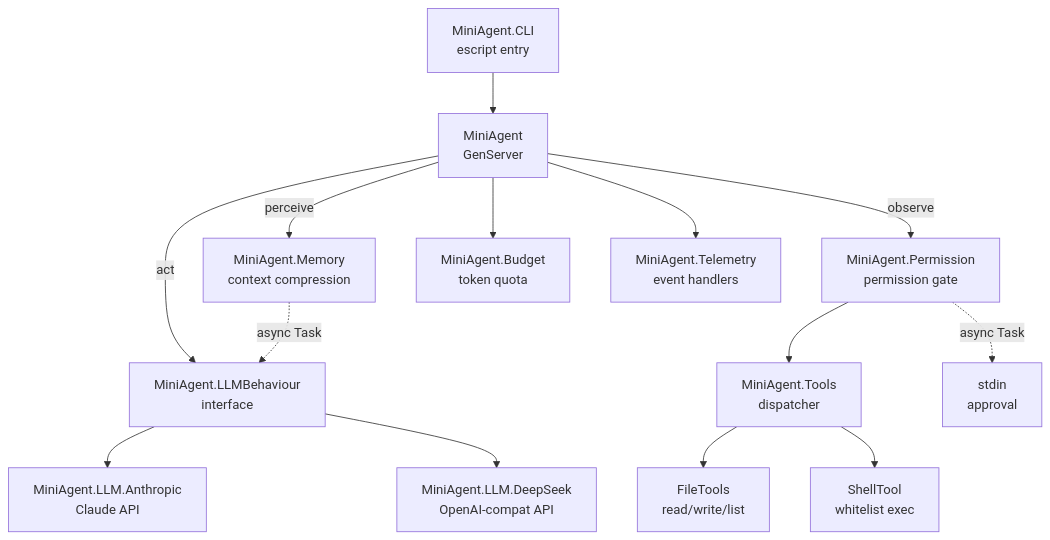
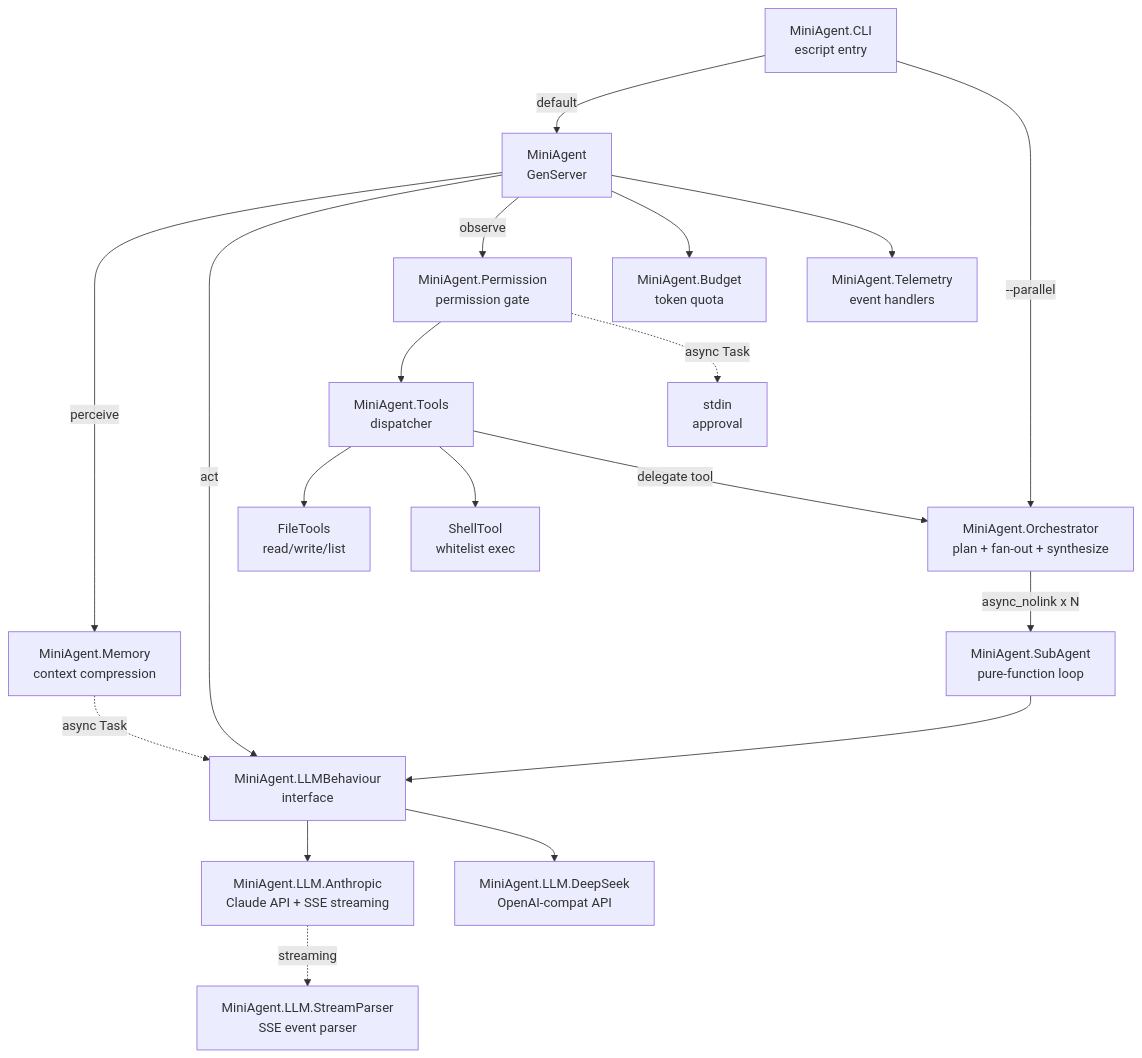
Before and after one commit to brianpht/mini_agent: the first of 2 diagrams in README.md, drawn with Mermaid. The commit also changed other lines of this file and 12 other files, not shown here.

Commit message:
implement streaming support for Anthropic LLM and enhance CLI with parallel execution

````diff
--- a/README.md
+++ b/README.md
@@ -21,16 +23,21 @@
 ```mermaid
 flowchart TD
-    CLI["MiniAgent.CLI\nescript entry"] --> GS["MiniAgent\nGenServer"]
+    CLI["MiniAgent.CLI\nescript entry"] -->|default| GS["MiniAgent\nGenServer"]
+    CLI -->|--parallel| ORC["MiniAgent.Orchestrator\nplan + fan-out + synthesize"]
     GS -->|perceive| MEM["MiniAgent.Memory\ncontext compression"]
     GS -->|act| BEH["MiniAgent.LLMBehaviour\ninterface"]
-    BEH --> ANT["MiniAgent.LLM.Anthropic\nClaude API"]
+    BEH --> ANT["MiniAgent.LLM.Anthropic\nClaude API + SSE streaming"]
     BEH --> DS["MiniAgent.LLM.DeepSeek\nOpenAI-compat API"]
+    ANT -.->|streaming| SP["MiniAgent.LLM.StreamParser\nSSE event parser"]
     GS -->|observe| PERM["MiniAgent.Permission\npermission gate"]
     PERM --> TOOLS["MiniAgent.Tools\ndispatcher"]
     TOOLS --> FT["FileTools\nread/write/list"]
     TOOLS --> ST["ShellTool\nwhitelist exec"]
+    TOOLS -->|delegate tool| ORC
+    ORC -->|async_nolink x N| SUB["MiniAgent.SubAgent\npure-function loop"]
+    SUB --> BEH
     GS --> BUD["MiniAgent.Budget\ntoken quota"]
     GS --> TEL["MiniAgent.Telemetry\nevent handlers"]
     MEM -.->|async Task| BEH
     PERM -.->|async Task| IO["stdin\napproval"]
 ```
````
